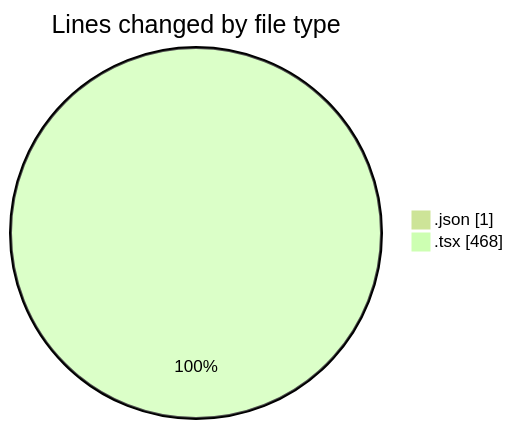
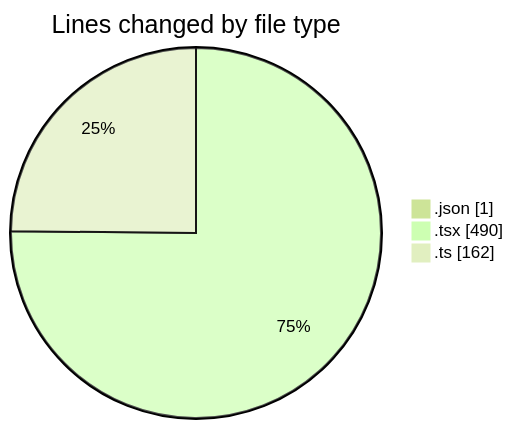
Before and after one commit to CELIANVF/code-tracking: the first of 2 diagrams in 2025-06-10/ecodeli-1/README.md, drawn with Mermaid (forest theme). The commit also changed other lines of this file and 1 other file, not shown here.

````diff
--- a/2025-06-10/ecodeli-1/README.md
+++ b/2025-06-10/ecodeli-1/README.md
@@ -21,6 +22,7 @@
 ```mermaid
 pie showData
 title Lines changed by file type
 ".json" : 1
-".tsx" : 468
+".tsx" : 490
+".ts" : 162
 ```
````
